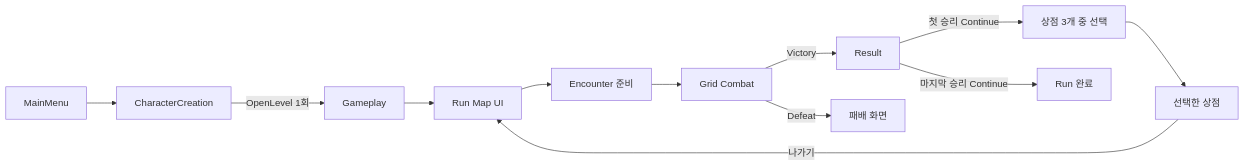
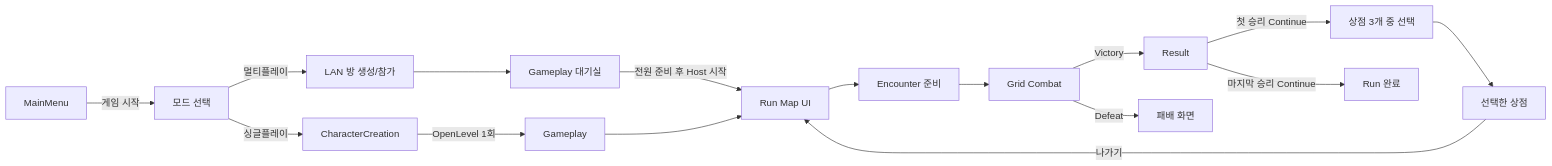
One commit to jaba001/ProjectA changed the diagram in Docs/PROJECT_PLAN.md. Above: the diagram before and after it, drawn with Mermaid. The commit also changed other lines of this file and 24 other files, not shown here.

````diff
--- a/Docs/PROJECT_PLAN.md
+++ b/Docs/PROJECT_PLAN.md
@@ -33,14 +33,18 @@
 ```mermaid
 flowchart LR
-    A[MainMenu] --> B[CharacterCreation]
+    A[MainMenu] -->|게임 시작| M[모드 선택]
+    M -->|싱글플레이| B[CharacterCreation]
+    M -->|멀티플레이| L[LAN 방 생성/참가]
     B -->|OpenLevel 1회| C[Gameplay]
+    L --> R[Gameplay 대기실]
+    R -->|전원 준비 후 Host 시작| D[Run Map UI]
     C --> D[Run Map UI]
     D --> E[Encounter 준비]
     E --> F[Grid Combat]
     F -->|Victory| G[Result]
     G -->|첫 승리 Continue| I[상점 3개 중 선택]
     I --> J[선택한 상점]
     J -->|나가기| D
     G -->|마지막 승리 Continue| K[Run 완료]
     F -->|Defeat| H[패배 화면]
 ```
````
